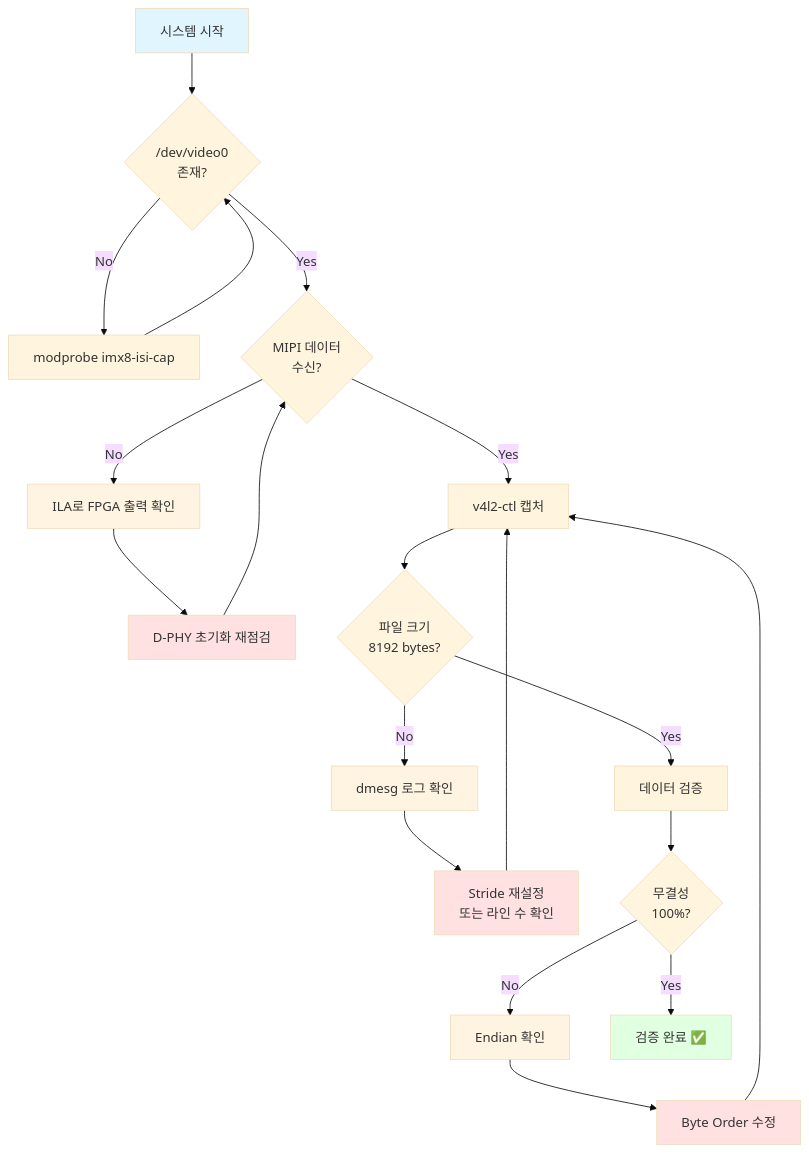
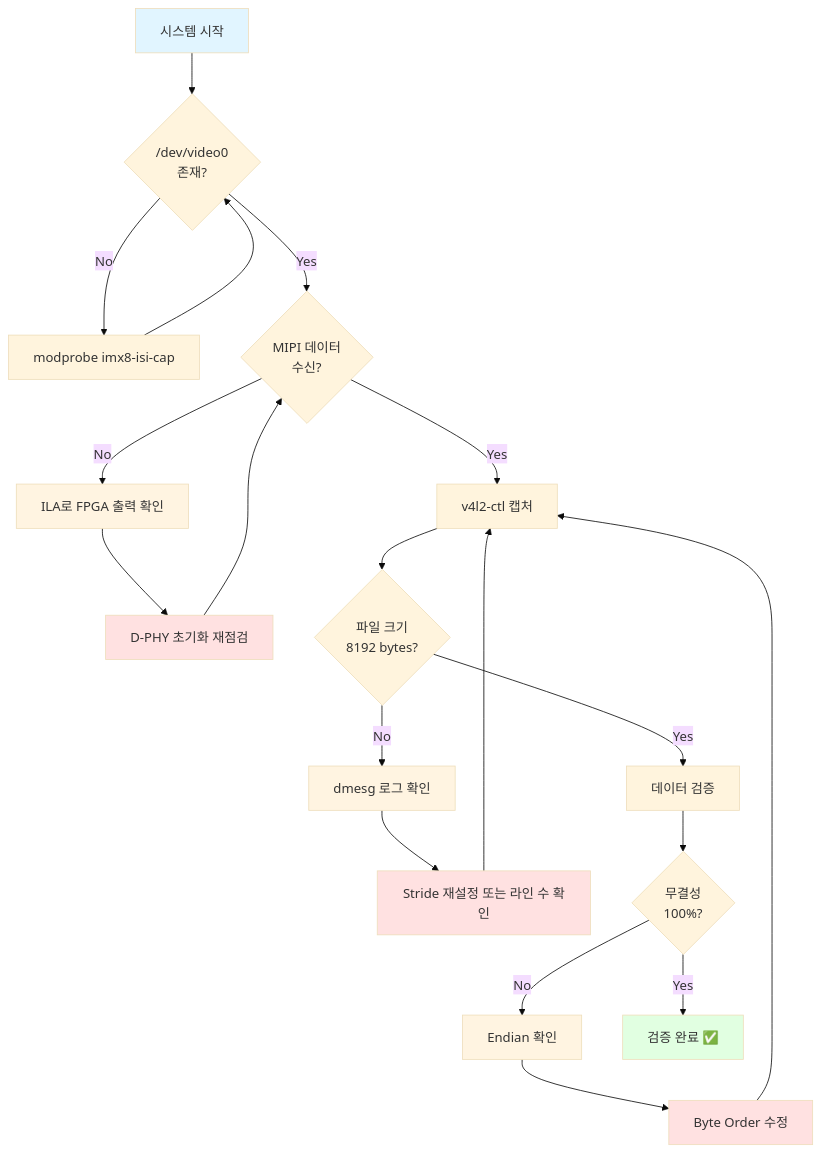
One commit to hnabyz-bot/fpga-imx8mp changed the eighth of 10 diagrams in agent-guide/system-flow-diagram.md. Above: the diagram before and after it, drawn with Mermaid (base theme). The commit also changed other lines of this file, not shown here.

Commit message:
Fix all HTML br tags in system-flow-diagram.md for GitHub Mermaid compatibility

````diff
--- a/agent-guide/system-flow-diagram.md
+++ b/agent-guide/system-flow-diagram.md
@@ -253,37 +253,37 @@
 ```mermaid
 flowchart TB
     Start[시스템 시작] --> Check1{/dev/video0<br/>존재?}
     
     Check1 -->|No| Load[modprobe imx8-isi-cap]
     Load --> Check1
     Check1 -->|Yes| Check2{MIPI 데이터<br/>수신?}
     
     Check2 -->|No| Debug1[ILA로 FPGA 출력 확인]
     Debug1 --> Fix1[D-PHY 초기화 재점검]
     Fix1 --> Check2
     
     Check2 -->|Yes| Capture[v4l2-ctl 캡처]
     Capture --> Check3{파일 크기<br/>8192 bytes?}
     
     Check3 -->|No| Debug2[dmesg 로그 확인]
-    Debug2 --> Fix2[Stride 재설정<br/>또는 라인 수 확인]
+    Debug2 --> Fix2[Stride 재설정 또는 라인 수 확인]
     Fix2 --> Capture
     
     Check3 -->|Yes| Verify[데이터 검증]
     Verify --> Check4{무결성<br/>100%?}
     
     Check4 -->|No| Debug3[Endian 확인]
     Debug3 --> Fix3[Byte Order 수정]
     Fix3 --> Capture
     
     Check4 -->|Yes| Success[검증 완료 ✅]
     
     style Start fill:#e1f5ff
     style Success fill:#e1ffe1
     style Debug1 fill:#fff4e1
     style Debug2 fill:#fff4e1
     style Debug3 fill:#fff4e1
     style Fix1 fill:#ffe1e1
     style Fix2 fill:#ffe1e1
     style Fix3 fill:#ffe1e1
 ```
````
